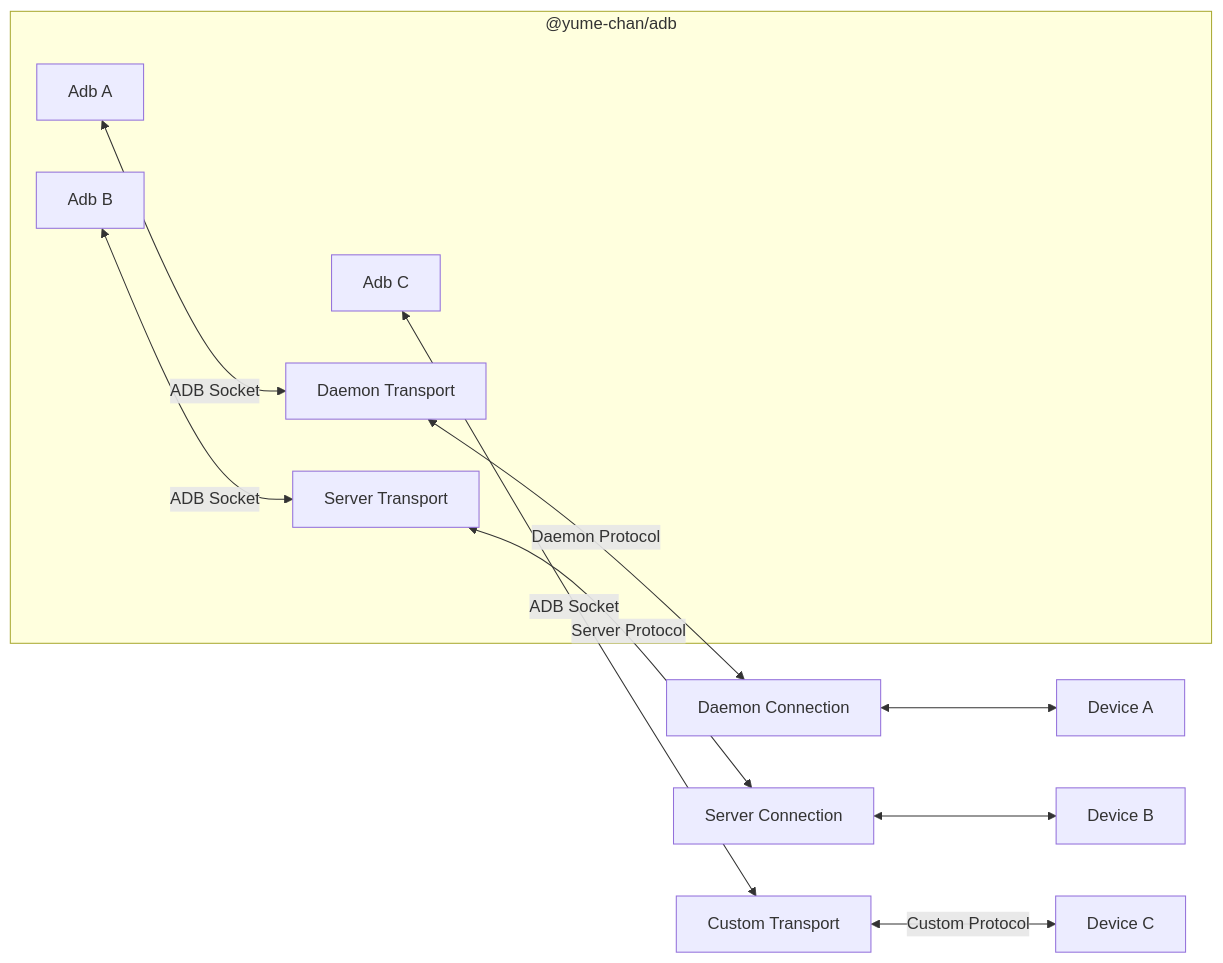
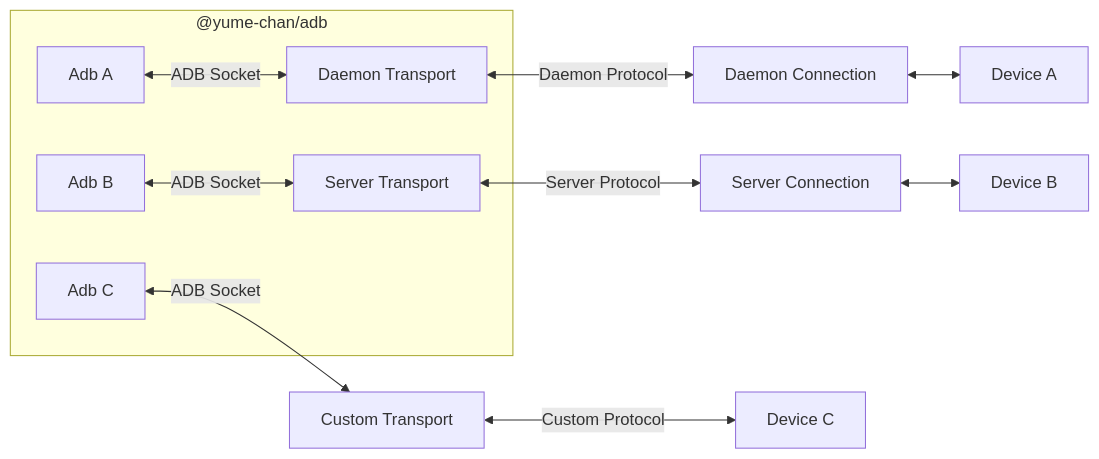
The diagram in docs/tango/custom-transport/index.mdx (tango-adb/docs), drawn with Mermaid before and after one commit. The commit also changed 28 other files, not shown here.

````diff
--- a/docs/tango/custom-transport/index.mdx
+++ b/docs/tango/custom-transport/index.mdx
@@ -15,13 +15,13 @@
 ```mermaid
 flowchart LR
     subgraph A ["@yume-chan/adb"]
-        AA ~~~ AA
-        AB ~~~ AB
-        AC ~~~ AC
-        TA ~~~ TA
-        TB ~~~ TB
+        AA
+        AB
+        AC
+        TA
+        TB
     end
     AA["Adb A"] <-->|ADB Socket| TA["Daemon Transport"] <-->|Daemon Protocol| CA["Daemon Connection"] <--> DA["Device A"]
     AB["Adb B"] <-->|ADB Socket| TB["Server Transport"] <-->|Server Protocol| CB["Server Connection"] <--> DB["Device B"]
     AC["Adb C"] <-->|ADB Socket| TC["Custom Transport"] <-->|Custom Protocol| DC["Device C"]
 ```
````
